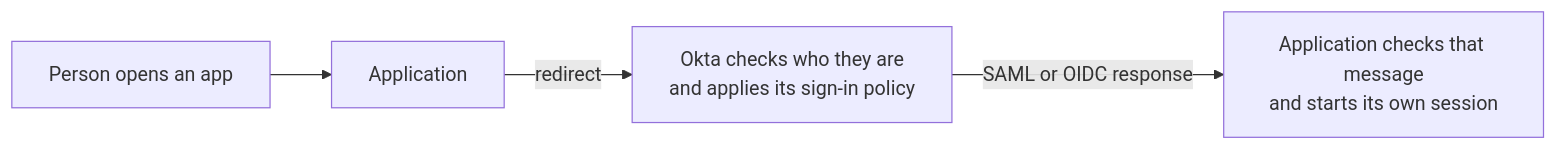
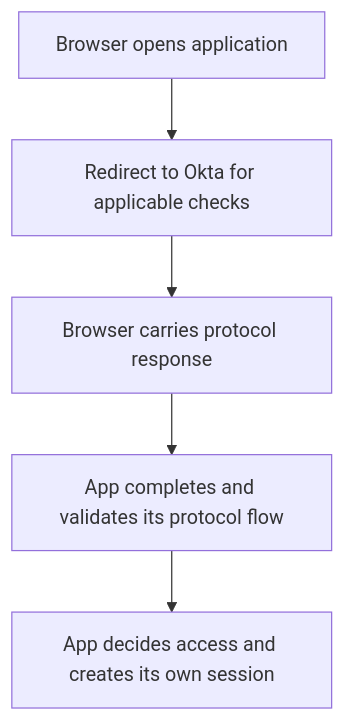
The second of 2 diagrams in overview.md (TedxHarry/Okta_Theory), drawn with Mermaid before and after one commit. The commit also changed other lines of this file and 63 other files, not shown here.

Commit message:
Clarify course references and repair Pages navigation and diagrams

````diff
--- a/overview.md
+++ b/overview.md
@@ -34,6 +35,7 @@
 ```mermaid
-flowchart LR
-  U["Person opens an app"] --> APP["Application"]
-  APP -->|"redirect"| OK["Okta checks who they are<br/>and applies its sign-in policy"]
-  OK -->|"SAML or OIDC response"| APP2["Application checks that message<br/>and starts its own session"]
+flowchart TD
+  U["Browser opens application"] --> OK["Redirect to Okta for applicable checks"]
+  OK --> R["Browser carries protocol response"]
+  R --> APP["App completes and validates its protocol flow"]
+  APP --> S["App decides access and creates its own session"]
 ```
````
